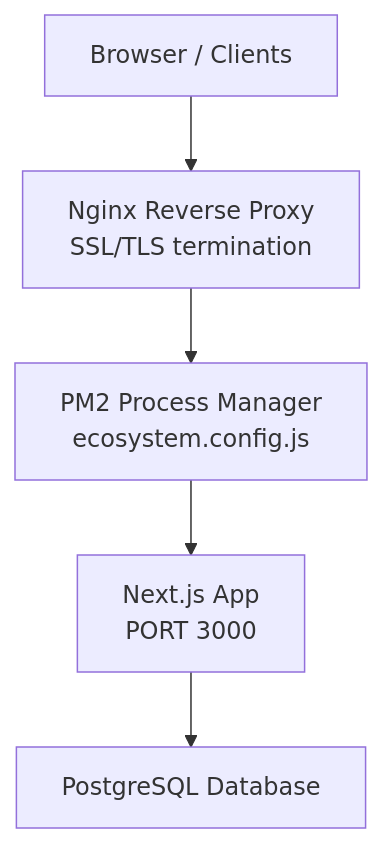
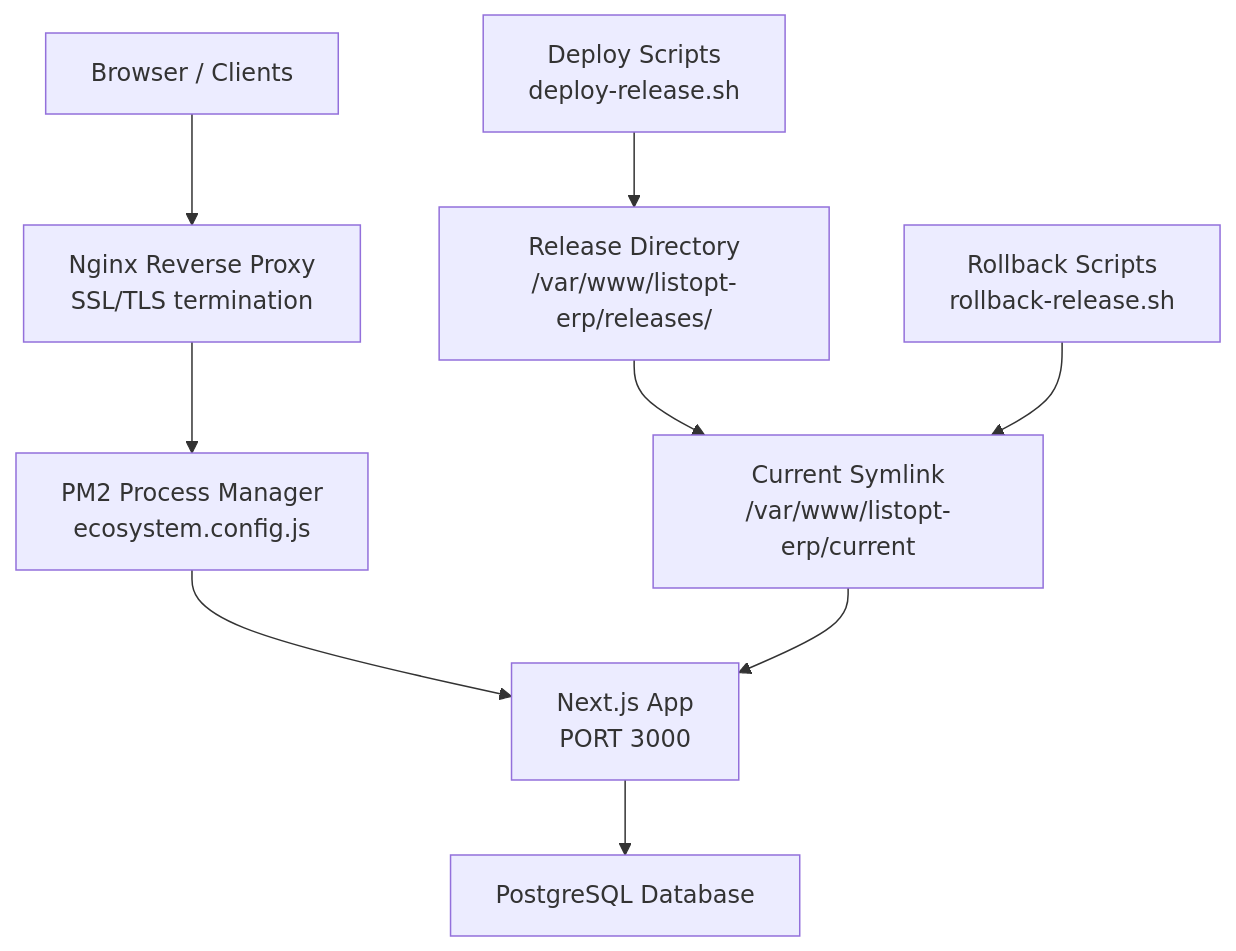
Before and after one commit to nzey11/erp-new: the second of 9 diagrams in .qoder/repowiki/en/content/Deployment & Operations.md, drawn with Mermaid. The commit also changed other lines of this file and 46 other files, not shown here.

````diff
--- a/.qoder/repowiki/en/content/Deployment & Operations.md
+++ b/.qoder/repowiki/en/content/Deployment & Operations.md
@@ -127,12 +162,20 @@
 ```mermaid
 graph TB
 CLIENT["Browser / Clients"]
 NGINX["Nginx Reverse Proxy<br/>SSL/TLS termination"]
 PM2["PM2 Process Manager<br/>ecosystem.config.js"]
 NEXT["Next.js App<br/>PORT 3000"]
 DB["PostgreSQL Database"]
+RELEASES["Release Directory<br/>/var/www/listopt-erp/releases/"]
+CURRENT["Current Symlink<br/>/var/www/listopt-erp/current"]
+DEPLOYSCRIPTS["Deploy Scripts<br/>deploy-release.sh"]
+ROLLBACKSCRIPTS["Rollback Scripts<br/>rollback-release.sh"]
 CLIENT --> NGINX
 NGINX --> PM2
 PM2 --> NEXT
 NEXT --> DB
+RELEASES --> CURRENT
+CURRENT --> NEXT
+DEPLOYSCRIPTS --> RELEASES
+ROLLBACKSCRIPTS --> CURRENT
 ```
````
